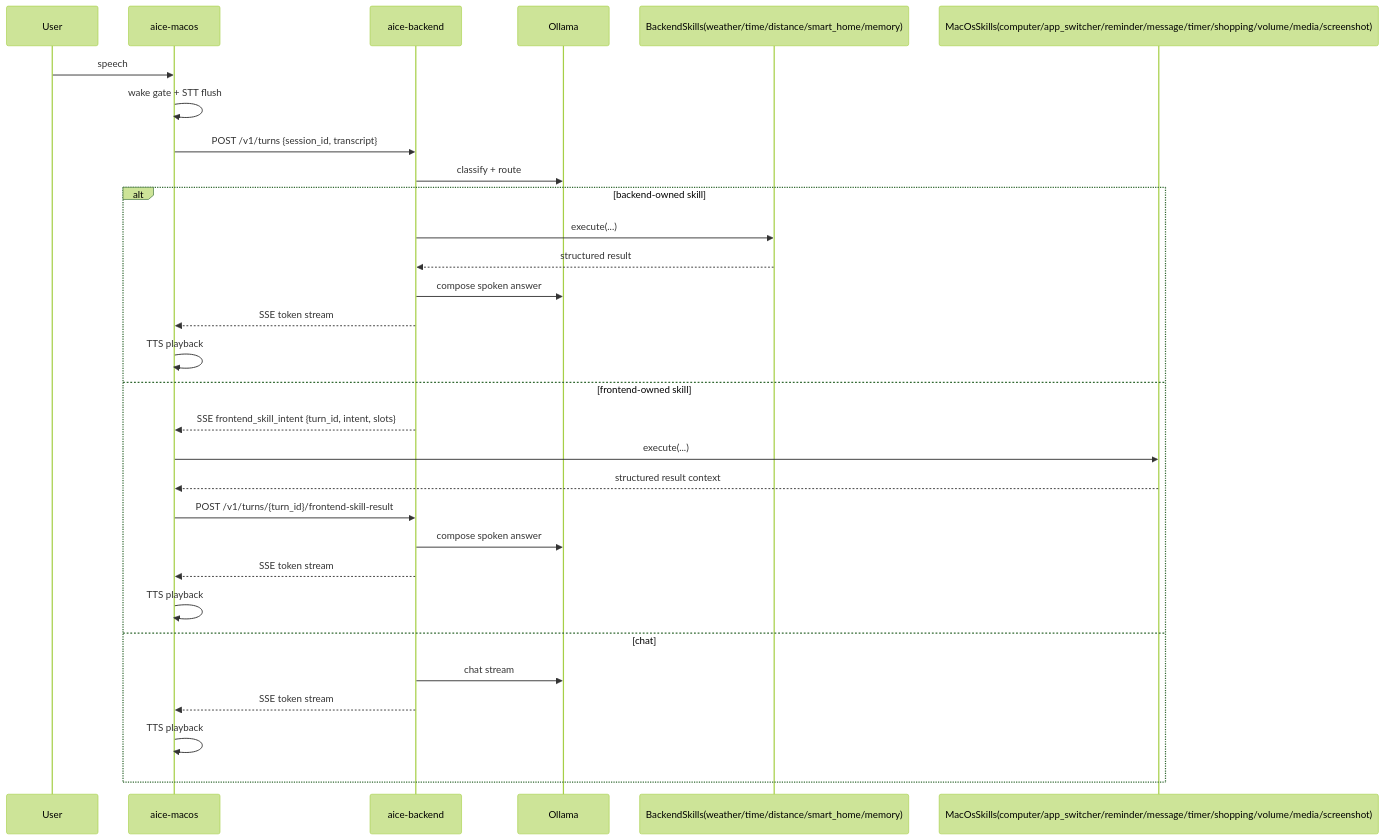
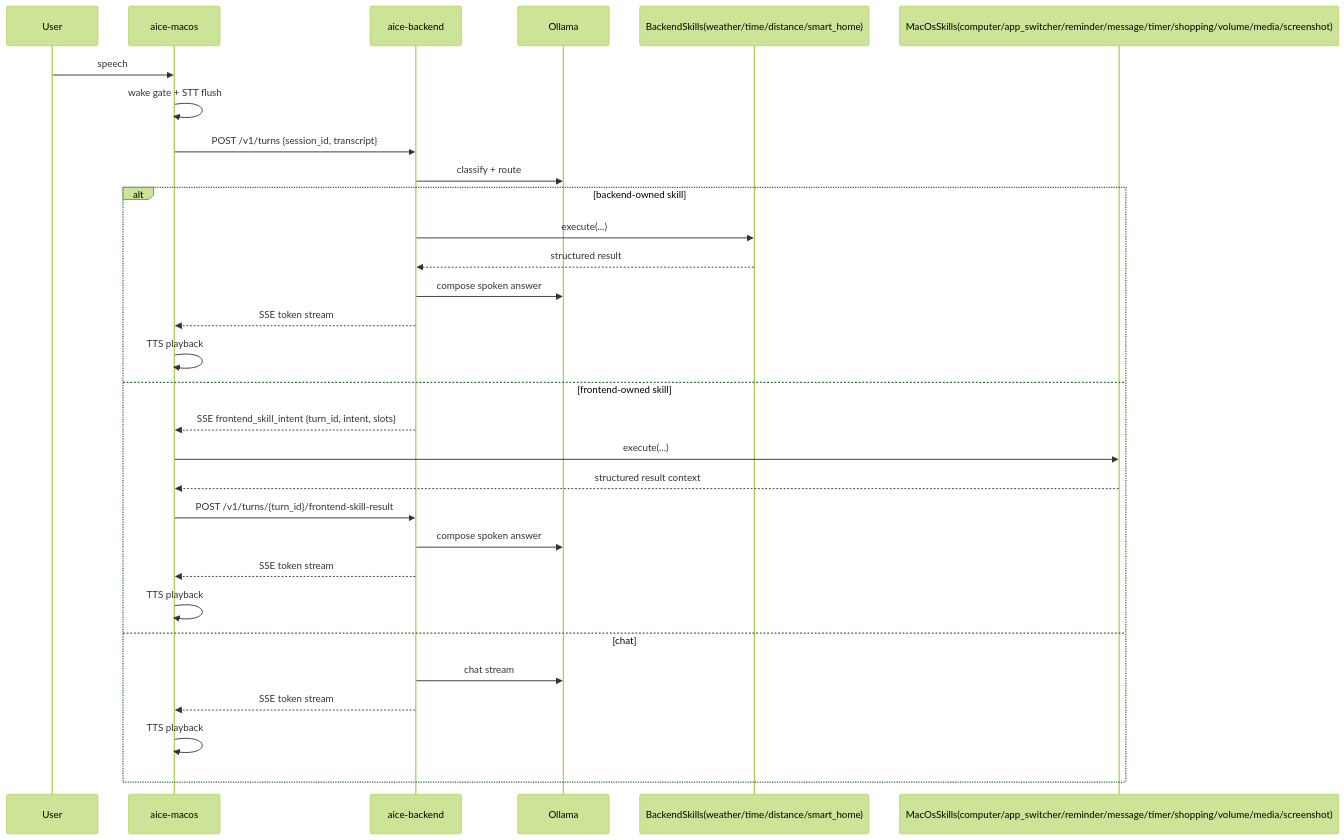
The ninth of 16 diagrams in docs/architecture/README.md (AncientiCe/aice), drawn with Mermaid (forest theme) before and after one commit. The commit also changed other lines of this file and 9 other files, not shown here.

````diff
--- a/docs/architecture/README.md
+++ b/docs/architecture/README.md
@@ -247,33 +255,33 @@
 ```mermaid
 sequenceDiagram
     participant User
     participant Mac as aice-macos
     participant Core as aice-backend
     participant LLM as Ollama
-    participant SkillB as BackendSkills(weather/time/distance/smart_home/memory)
+    participant SkillB as BackendSkills(weather/time/distance/smart_home)
     participant SkillM as MacOsSkills(computer/app_switcher/reminder/message/timer/shopping/volume/media/screenshot)
 
     User->>Mac: speech
     Mac->>Mac: wake gate + STT flush
     Mac->>Core: POST /v1/turns {session_id, transcript}
     Core->>LLM: classify + route
     alt backend-owned skill
         Core->>SkillB: execute(...)
         SkillB-->>Core: structured result
         Core->>LLM: compose spoken answer
         Core-->>Mac: SSE token stream
         Mac->>Mac: TTS playback
     else frontend-owned skill
         Core-->>Mac: SSE frontend_skill_intent {turn_id, intent, slots}
         Mac->>SkillM: execute(...)
         SkillM-->>Mac: structured result context
         Mac->>Core: POST /v1/turns/{turn_id}/frontend-skill-result
         Core->>LLM: compose spoken answer
         Core-->>Mac: SSE token stream
         Mac->>Mac: TTS playback
     else chat
         Core->>LLM: chat stream
         Core-->>Mac: SSE token stream
         Mac->>Mac: TTS playback
     end
 ```
````
